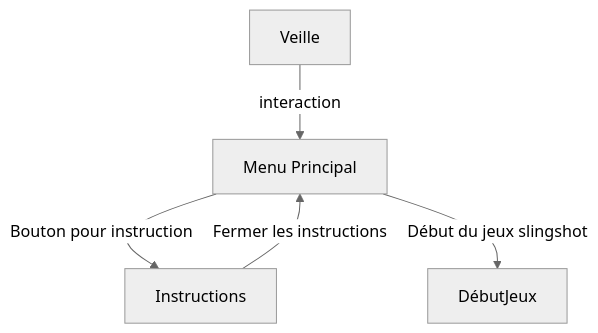
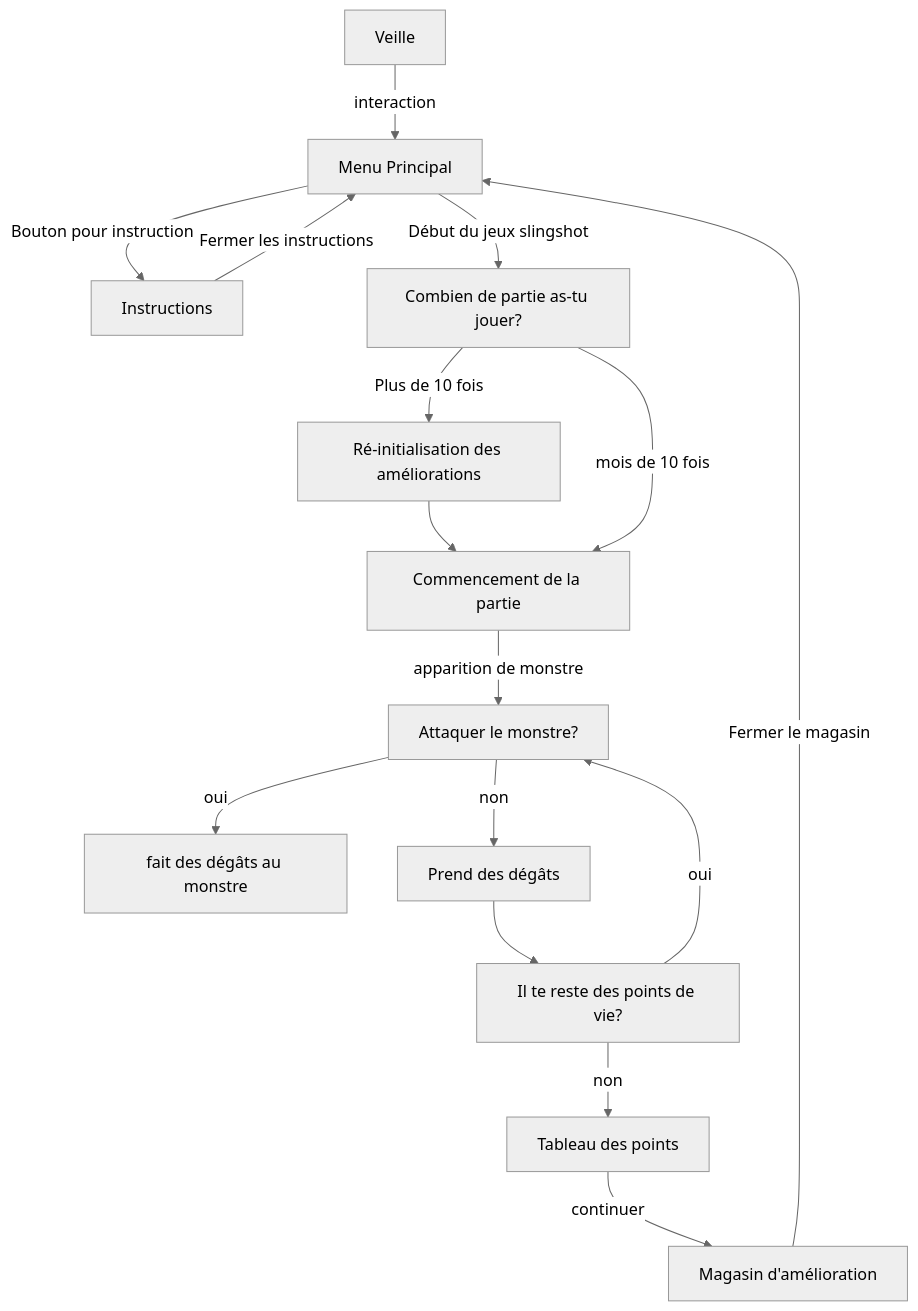
The diagram in README.md (sideking/Game-of-FUN), drawn with Mermaid (neutral theme) before and after one commit. The commit also changed other lines of this file, not shown here.

Commit message:
Update README.md - basic stuff

````diff
--- a/README.md
+++ b/README.md
@@ -1,7 +1,18 @@
 ```mermaid
-flowchart TD
-    Veille[Veille] --> |interaction| MainMenu[Menu Principal]
-    MainMenu --> |Bouton pour instruction| Instructions[Instructions]
-    Instructions --> |Fermer les instructions| MainMenu
-    MainMenu --> |Début du jeux slingshot| DébutJeux
+	flowchart TD
+	Veille[Veille] --> |interaction| MainMenu[Menu Principal]
+	MainMenu --> |Bouton pour instruction| Instructions[Instructions]
+	Instructions --> |Fermer les instructions| MainMenu
+	MainMenu --> |Début du jeux slingshot| GameCounter[Combien de partie as-tu jouer?]
+	GameCounter --> |Plus de 10 fois| ResetGame[Ré-initialisation des améliorations]
+	ResetGame --> DébutJeux
+	GameCounter --> |mois de 10 fois| DébutJeux[Commencement de la partie]
+	DébutJeux --> |apparition de monstre| AttackMonster[Attaquer le monstre?]
+	AttackMonster --> |oui| DamageMonster[fait des dégâts au monstre]
+	AttackMonster --> |non| TakeDamage[Prend des dégâts]
+	TakeDamage --> HPStatus[Il te reste des points de vie?]
+	HPStatus --> |oui| AttackMonster
+	HPStatus --> |non| ScoreBoard[Tableau des points]
+	ScoreBoard --> |continuer| RogueLikeShop[Magasin d'amélioration]
+	RogueLikeShop --> |Fermer le magasin| MainMenu
 ```
````
